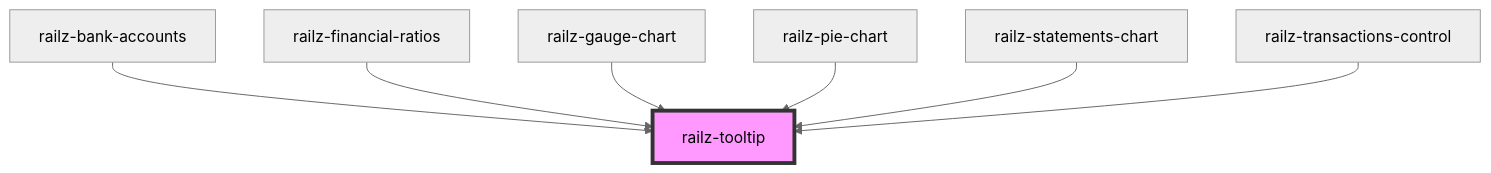
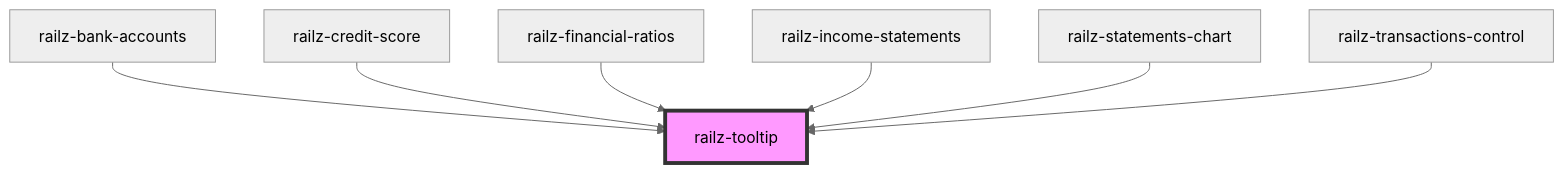
Before and after one commit to railz-ai/railz-visualizations: the diagram in packages/components/src/elements/tooltip/readme.md, drawn with Mermaid (neutral theme). The commit also changed other lines of this file and 86 other files, not shown here.

````diff
--- a/packages/components/src/elements/tooltip/readme.md
+++ b/packages/components/src/elements/tooltip/readme.md
@@ -26,10 +26,10 @@
 ```mermaid
 graph TD;
   railz-bank-accounts --> railz-tooltip
+  railz-credit-score --> railz-tooltip
   railz-financial-ratios --> railz-tooltip
-  railz-gauge-chart --> railz-tooltip
-  railz-pie-chart --> railz-tooltip
+  railz-income-statements --> railz-tooltip
   railz-statements-chart --> railz-tooltip
   railz-transactions-control --> railz-tooltip
   style railz-tooltip fill:#f9f,stroke:#333,stroke-width:4px
 ```
````
